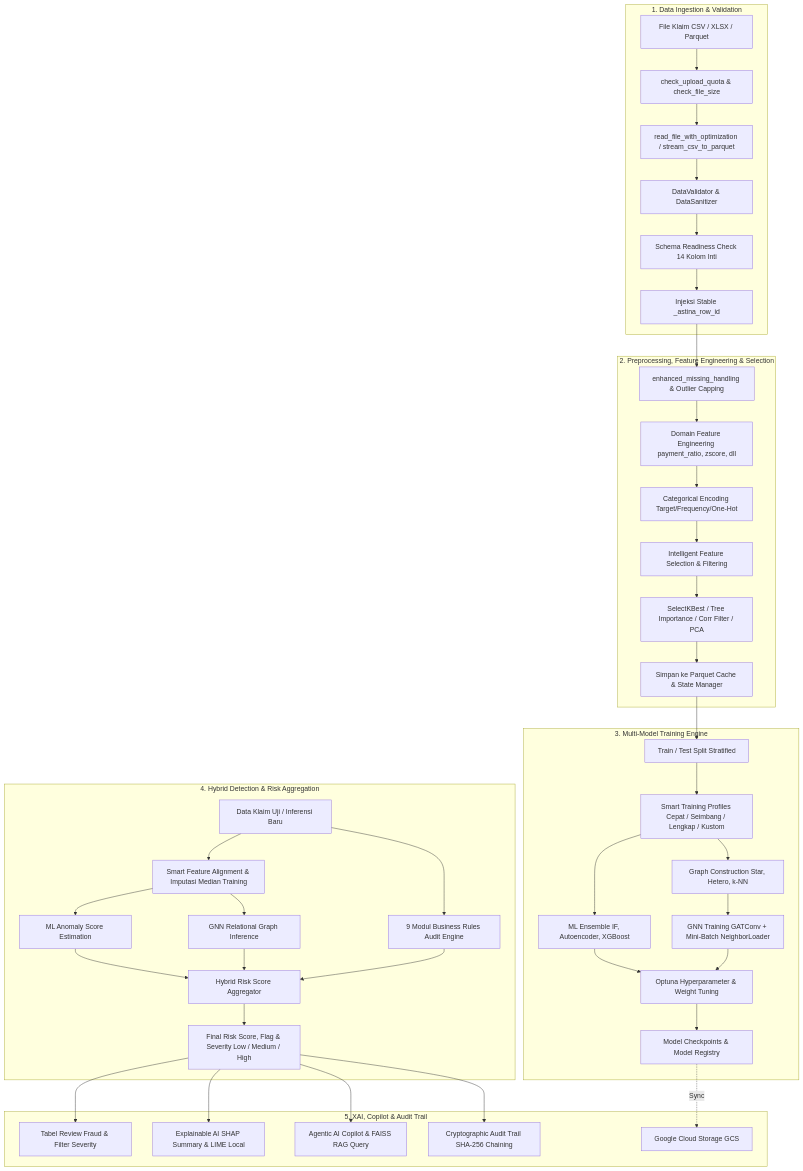
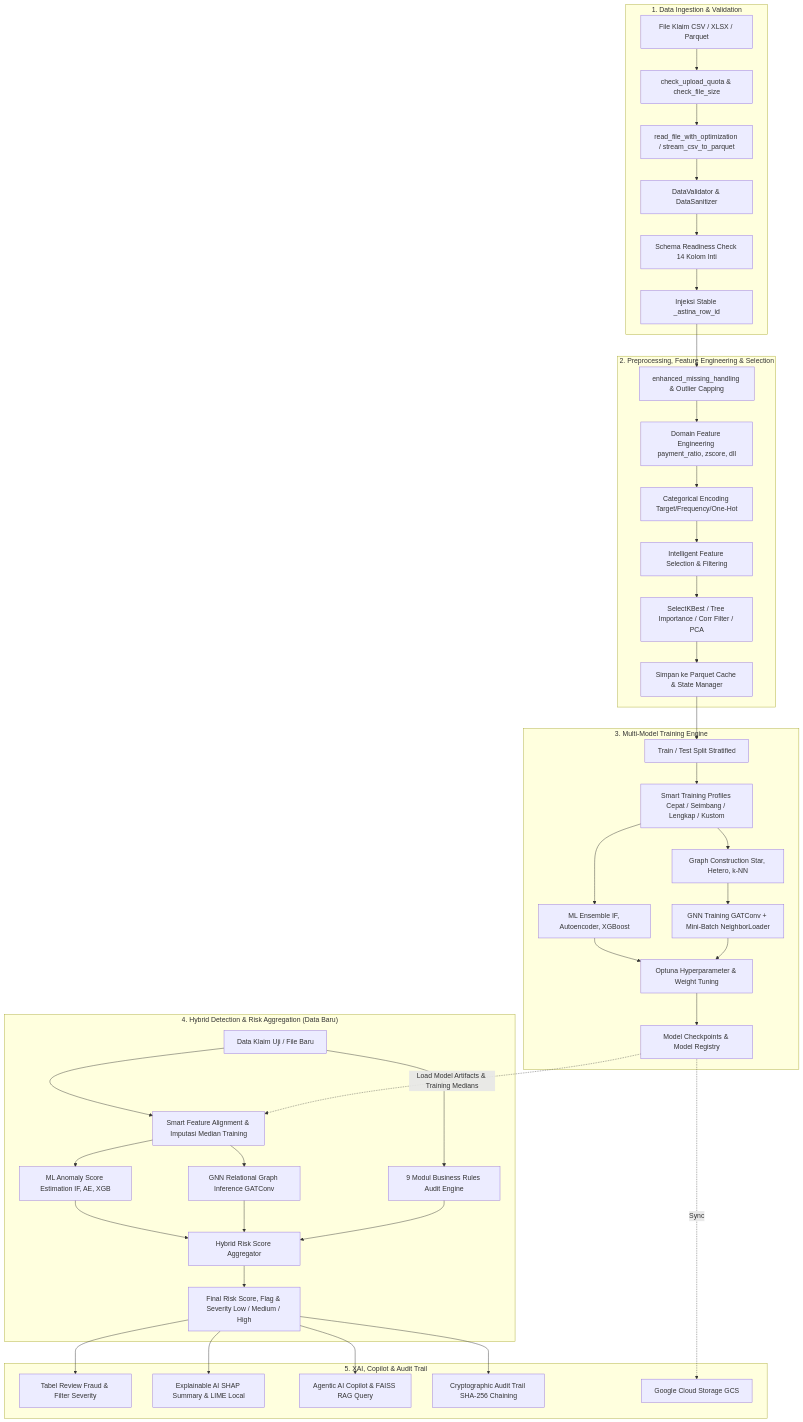
One commit to RadenAaKoesoemaWijaya/project-Graphnet changed the diagram in ALUR KERJA ASTINA.md. Above: the diagram before and after it, drawn with Mermaid. The commit also changed other lines of this file and 4 other files, not shown here.

Commit message:
modified:   ALUR KERJA ASTINA.md 	modified:   README.md 	modified:   model.py 	modified:   ui/pages/detection.py 	modified:   ui/utils.py

````diff
--- a/ALUR KERJA ASTINA.md
+++ b/ALUR KERJA ASTINA.md
@@ -25,49 +25,50 @@
 ```mermaid
 flowchart TD
     subgraph INGESTION["1. Data Ingestion & Validation"]
         A[File Klaim CSV / XLSX / Parquet] --> B[check_upload_quota & check_file_size]
         B --> C[read_file_with_optimization / stream_csv_to_parquet]
         C --> D[DataValidator & DataSanitizer]
         D --> E[Schema Readiness Check 14 Kolom Inti]
         E --> F[Injeksi Stable _astina_row_id]
     end
 
     subgraph PREPROCESSING["2. Preprocessing, Feature Engineering & Selection"]
         F --> G[enhanced_missing_handling & Outlier Capping]
         G --> H[Domain Feature Engineering payment_ratio, zscore, dll]
         H --> I[Categorical Encoding Target/Frequency/One-Hot]
         I --> J[Intelligent Feature Selection & Filtering]
         J --> K[SelectKBest / Tree Importance / Corr Filter / PCA]
         K --> L[Simpan ke Parquet Cache & State Manager]
     end
 
     subgraph TRAINING["3. Multi-Model Training Engine"]
         L --> M[Train / Test Split Stratified]
         M --> N[Smart Training Profiles Cepat / Seimbang / Lengkap / Kustom]
         N --> O[ML Ensemble IF, Autoencoder, XGBoost]
         N --> P[Graph Construction Star, Hetero, k-NN]
         P --> Q[GNN Training GATConv + Mini-Batch NeighborLoader]
         O --> R[Optuna Hyperparameter & Weight Tuning]
         Q --> R
         R --> S[Model Checkpoints & Model Registry]
     end
 
-    subgraph INFERENCE["4. Hybrid Detection & Risk Aggregation"]
-        T[Data Klaim Uji / Inferensi Baru] --> U[Smart Feature Alignment & Imputasi Median Training]
-        U --> V[ML Anomaly Score Estimation]
-        U --> W[GNN Relational Graph Inference]
+    subgraph INFERENCE["4. Hybrid Detection & Risk Aggregation (Data Baru)"]
+        T[Data Klaim Uji / File Baru] --> U[Smart Feature Alignment & Imputasi Median Training]
+        S -. Load Model Artifacts & Training Medians .-> U
+        U --> V[ML Anomaly Score Estimation IF, AE, XGB]
+        U --> W[GNN Relational Graph Inference GATConv]
         T --> X[9 Modul Business Rules Audit Engine]
         V --> Y[Hybrid Risk Score Aggregator]
         W --> Y
         X --> Y
         Y --> Z[Final Risk Score, Flag & Severity Low / Medium / High]
     end
 
     subgraph INVESTIGATION["5. XAI, Copilot & Audit Trail"]
         Z --> AA[Tabel Review Fraud & Filter Severity]
         Z --> AB[Explainable AI SHAP Summary & LIME Local]
         Z --> AC[Agentic AI Copilot & FAISS RAG Query]
         Z --> AD[Cryptographic Audit Trail SHA-256 Chaining]
         S -. Sync .-> AE[Google Cloud Storage GCS]
     end
 ```
````
